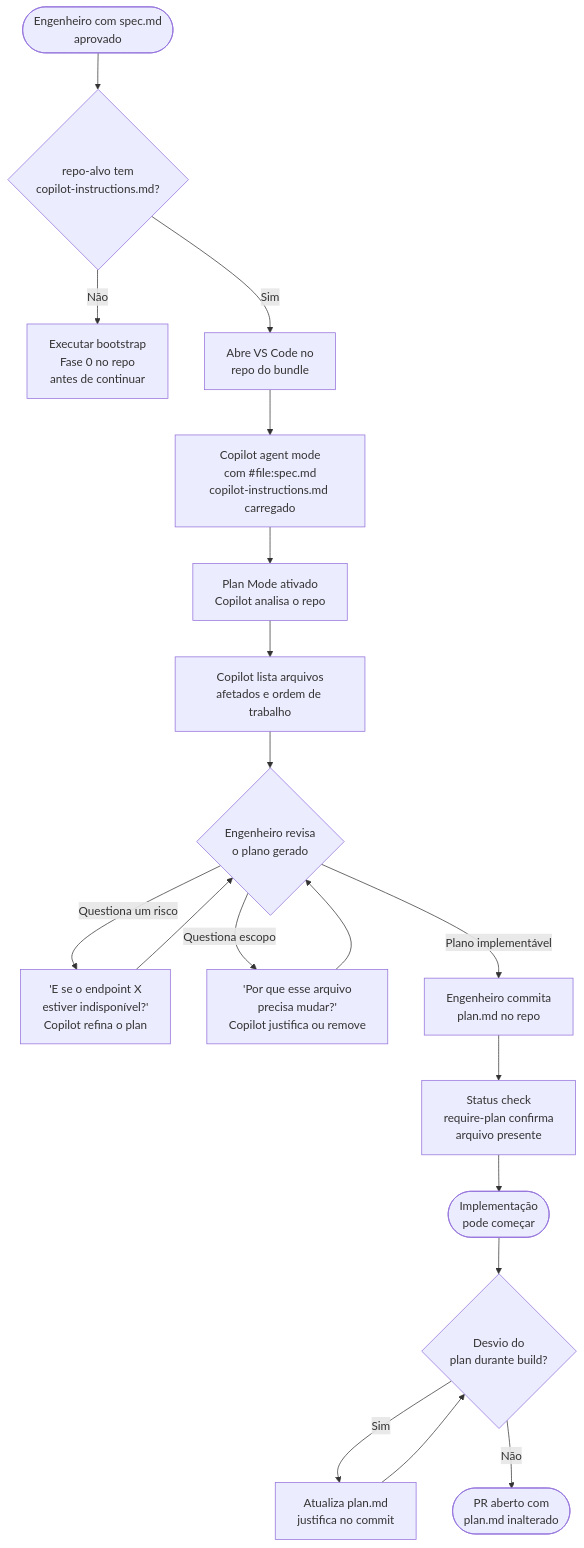
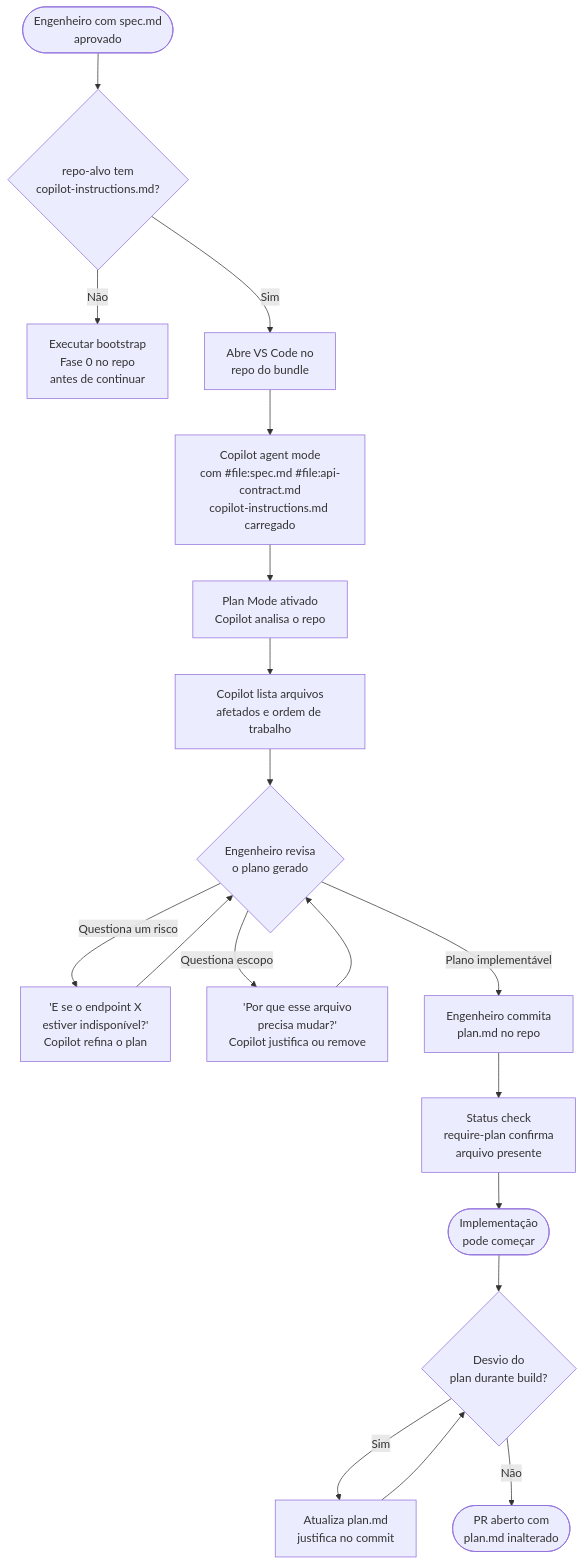
The diagram in docs/agents/03-plan.md (jpsslink/sdlc-agentico), drawn with Mermaid before and after one commit. The commit also changed other lines of this file and 5 other files, not shown here.

First line of the commit message:
docs: propagar api-contract e adapter pattern para todos os agentes

````diff
--- a/docs/agents/03-plan.md
+++ b/docs/agents/03-plan.md
@@ -142,21 +166,21 @@
 ```mermaid
 flowchart TD
     A([Engenheiro com spec.md\naprovado]) --> B{repo-alvo tem\ncopilot-instructions.md?}
     B -- Não --> C[Executar bootstrap\nFase 0 no repo\nantes de continuar]
     B -- Sim --> D[Abre VS Code no\nrepo do bundle]
-    D --> E[Copilot agent mode\ncom #file:spec.md\ncopilot-instructions.md carregado]
+    D --> E[Copilot agent mode\ncom #file:spec.md #file:api-contract.md\ncopilot-instructions.md carregado]
     E --> F[Plan Mode ativado\nCopilot analisa o repo]
     F --> G[Copilot lista arquivos\nafetados e ordem de trabalho]
     G --> H{Engenheiro revisa\no plano gerado}
     H -- Questiona um risco --> I["'E se o endpoint X\nestiver indisponível?'\nCopilot refina o plan"]
     I --> H
     H -- Questiona escopo --> J["'Por que esse arquivo\nprecisa mudar?'\nCopilot justifica ou remove"]
     J --> H
     H -- Plano implementável --> K[Engenheiro commita\nplan.md no repo]
     K --> L[Status check\nrequire-plan confirma\narquivo presente]
     L --> M([Implementação\npode começar])
     M --> N{Desvio do\nplan durante build?}
     N -- Sim --> O[Atualiza plan.md\njustifica no commit]
     O --> N
     N -- Não --> P([PR aberto com\nplan.md inalterado])
 ```
````
